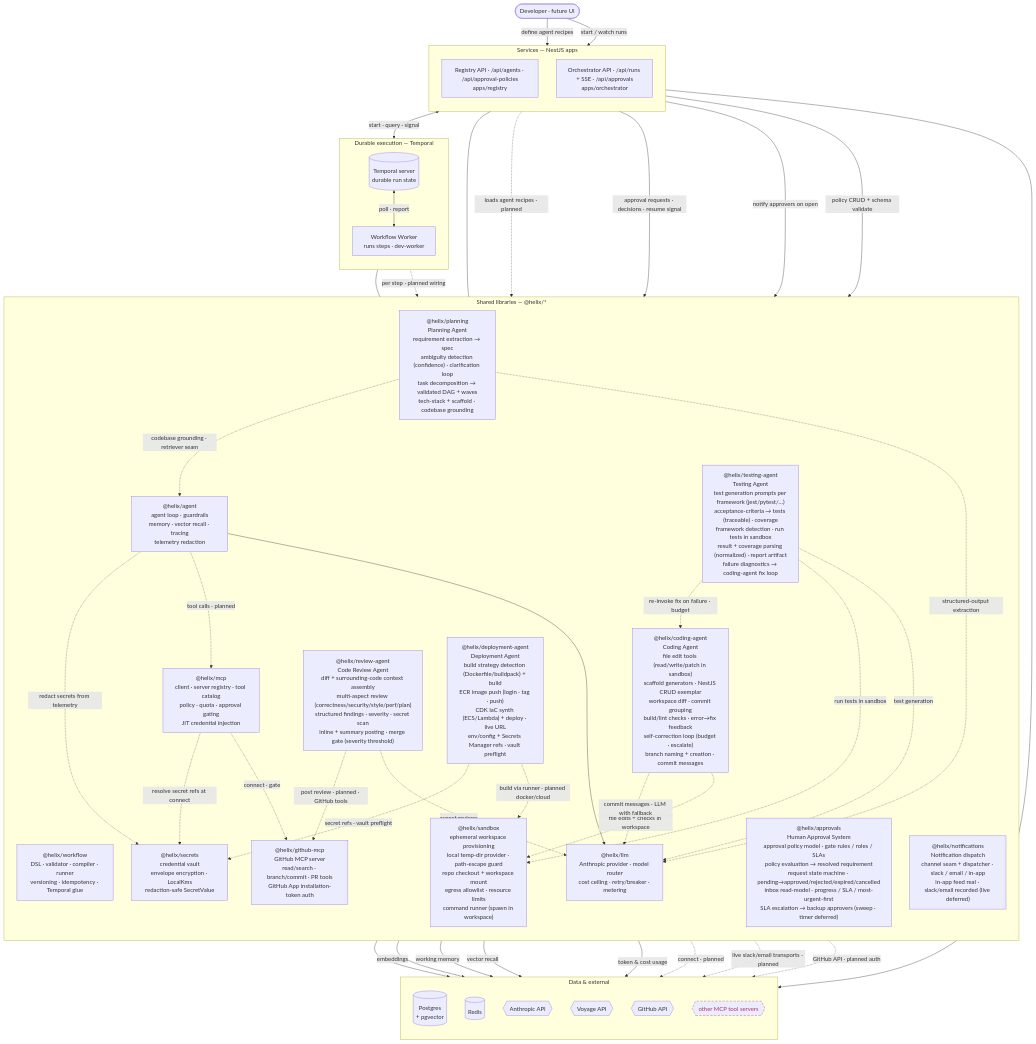
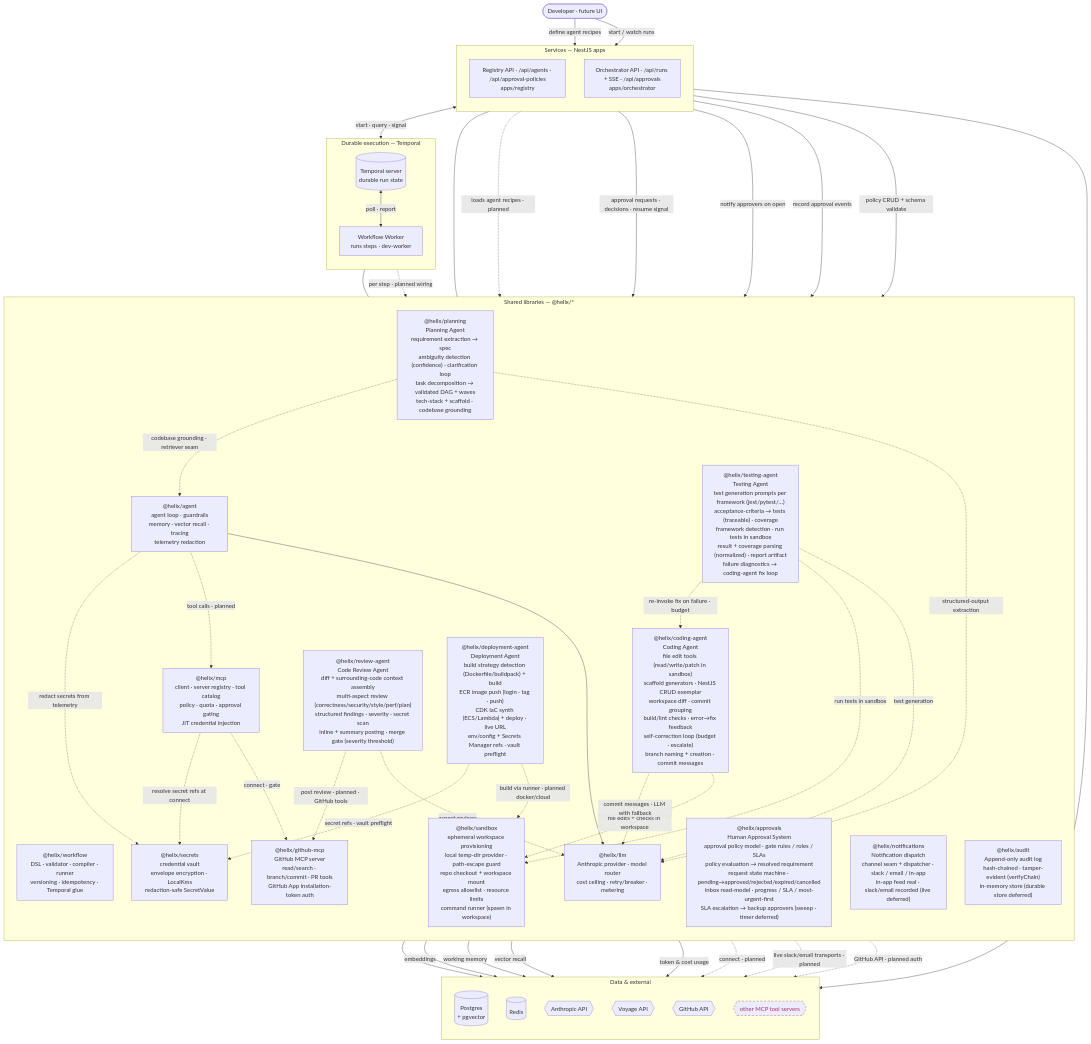
Before and after one commit to shhashhank/helix: the first of 2 diagrams in docs/ARCHITECTURE.md, drawn with Mermaid. The commit also changed other lines of this file and 17 other files, not shown here.

First line of the commit message:
HELIX-135: Append-only audit store (#99)

```diff
--- a/docs/ARCHITECTURE.md
+++ b/docs/ARCHITECTURE.md
@@ -45,6 +45,7 @@
     dep["@helix/deployment-agent<br/>Deployment Agent<br/>build strategy detection (Dockerfile/buildpack) + build<br/>ECR image push (login · tag · push)<br/>CDK IaC synth (ECS/Lambda) + deploy · live URL<br/>env/config + Secrets Manager refs · vault preflight"]
     apv["@helix/approvals<br/>Human Approval System<br/>approval policy model · gate rules / roles / SLAs<br/>policy evaluation → resolved requirement<br/>request state machine · pending→approved/rejected/expired/cancelled<br/>inbox read-model · progress / SLA / most-urgent-first<br/>SLA escalation → backup approvers (sweep · timer deferred)"]
     ntf["@helix/notifications<br/>Notification dispatch<br/>channel seam + dispatcher · slack / email / in-app<br/>in-app feed real · slack/email recorded (live deferred)"]
+    aud["@helix/audit<br/>Append-only audit log<br/>hash-chained · tamper-evident (verifyChain)<br/>in-memory store (durable store deferred)"]
   end
 
   subgraph dat["Data & external"]
@@ -89,6 +90,7 @@
   dep -.->|secret refs · vault preflight| sec
   orc -->|approval requests · decisions · resume signal| apv
   orc -->|notify approvers on open| ntf
+  orc -->|record approval events| aud
   ntf -.->|live slack/email transports · planned| ext
   reg -->|policy CRUD + schema validate| apv
   rev -.->|post review · planned · GitHub tools| gh
```
